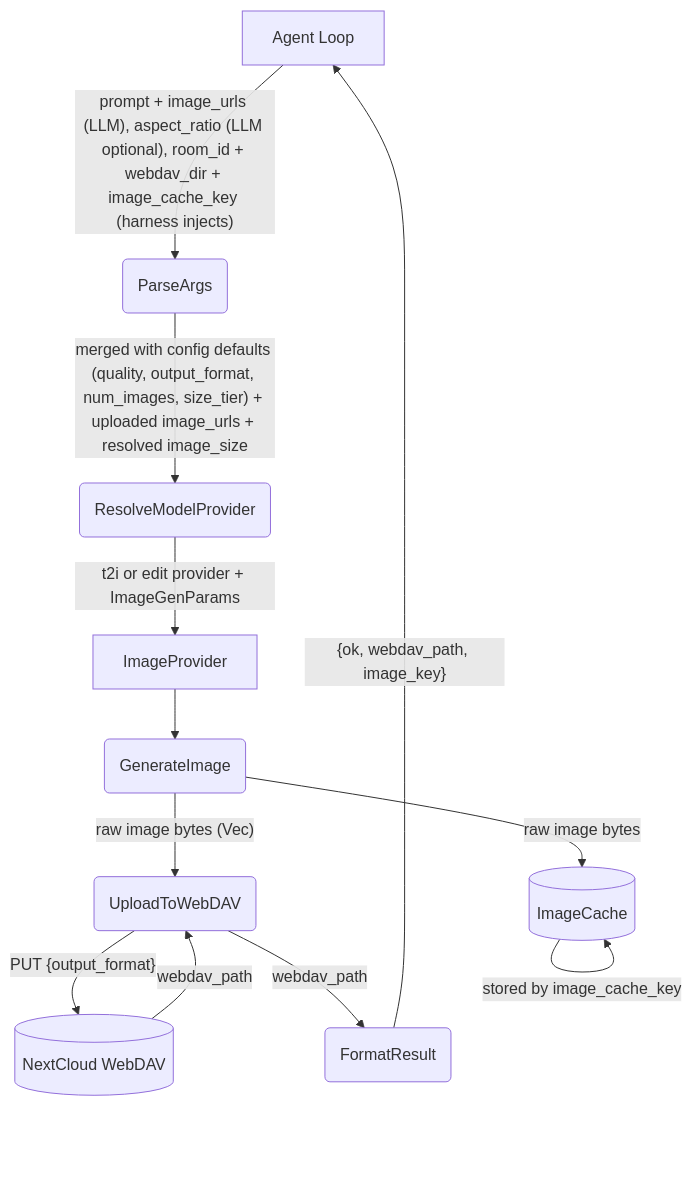
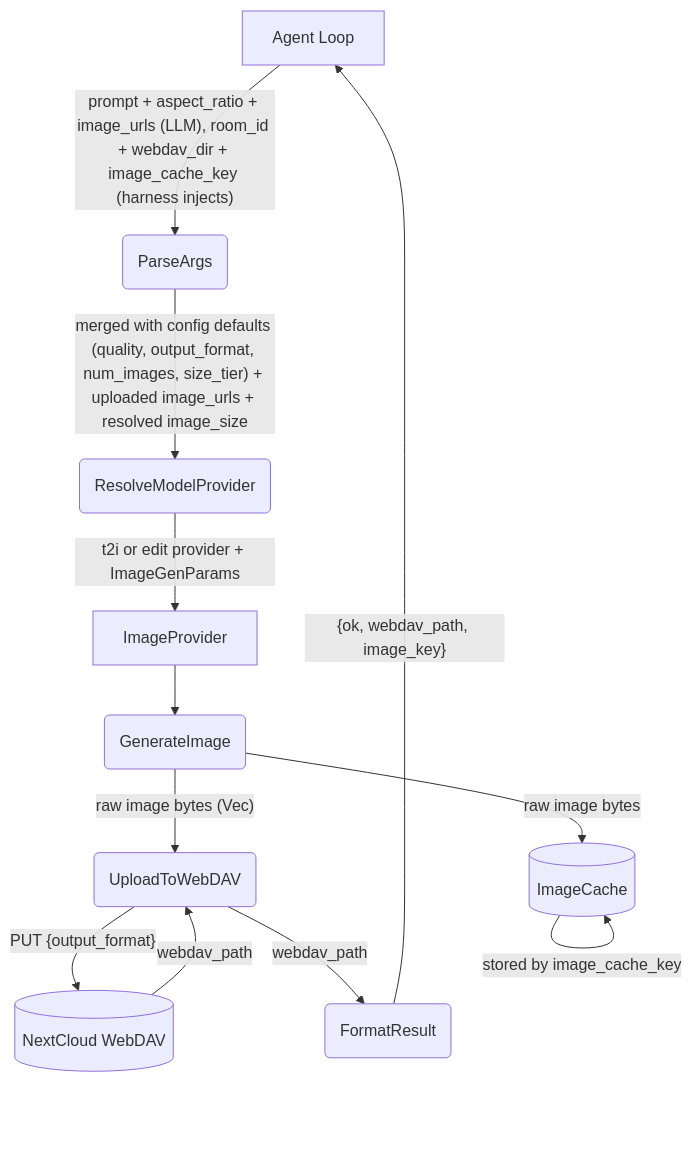
Before and after one commit to cosmoswafer/rockbot: the first of 5 diagrams in _dfds/tools/image-gen.md, drawn with Mermaid. The commit also changed other lines of this file and 3 other files, not shown here.

Commit message:
image-gen: make aspect_ratio required from LLM (drop config fallback)

````diff
--- a/_dfds/tools/image-gen.md
+++ b/_dfds/tools/image-gen.md
@@ -25,24 +25,24 @@
 ```mermaid
 flowchart TD
     AGENT[Agent Loop]
     PARSE(ParseArgs)
     RESOLVE(ResolveModelProvider)
     PROVIDER[ImageProvider]
     GEN(GenerateImage)
     DAV_UPLOAD(UploadToWebDAV)
     DAV[(NextCloud WebDAV)]
     CACHE[(ImageCache)]
     FORMAT(FormatResult)
 
-    AGENT -->|"prompt + image_urls (LLM), aspect_ratio (LLM optional), room_id + webdav_dir + image_cache_key (harness injects)"| PARSE
+    AGENT -->|"prompt + aspect_ratio + image_urls (LLM), room_id + webdav_dir + image_cache_key (harness injects)"| PARSE
     PARSE -->|"merged with config defaults (quality, output_format, num_images, size_tier) + uploaded image_urls + resolved image_size"| RESOLVE
     RESOLVE -->|"t2i or edit provider + ImageGenParams"| PROVIDER
     PROVIDER --> GEN
     GEN -->|"raw image bytes (Vec<u8>)"| DAV_UPLOAD
     DAV_UPLOAD -->|"PUT {output_format}"| DAV
     DAV -->|"webdav_path"| DAV_UPLOAD
     GEN -->|"raw image bytes"| CACHE
     CACHE -->|"stored by image_cache_key"| CACHE
     DAV_UPLOAD -->|"webdav_path"| FORMAT
     FORMAT -->|"{ok, webdav_path, image_key}"| AGENT
 ```
````
